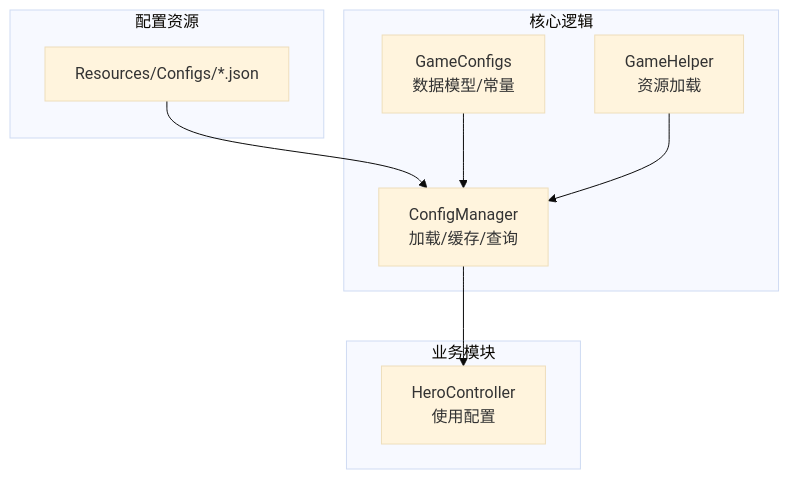
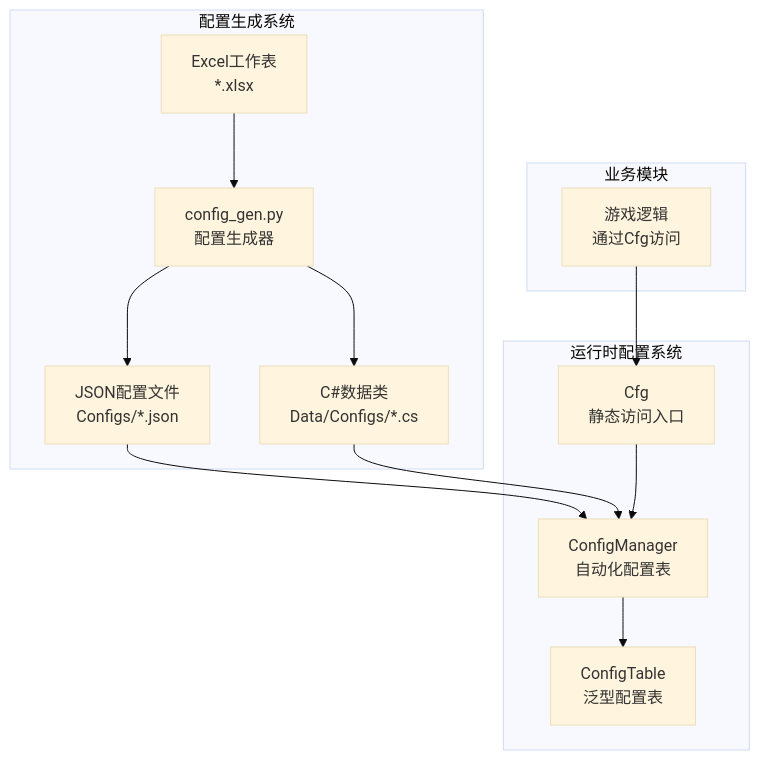
The first of 6 diagrams in .qoder/repowiki/zh/content/核心架构/配置驱动开发.md (Tuusen/p1_client), drawn with Mermaid (base theme) before and after one commit. The commit also changed other lines of this file and 29 other files, not shown here.

````diff
--- a/.qoder/repowiki/zh/content/核心架构/配置驱动开发.md
+++ b/.qoder/repowiki/zh/content/核心架构/配置驱动开发.md
@@ -38,18 +47,25 @@
 ```mermaid
 graph TB
-subgraph "配置资源"
-RC["Resources/Configs/*.json"]
+subgraph "配置生成系统"
+EG["Excel工作表<br/>*.xlsx"]
+CG["config_gen.py<br/>配置生成器"]
+JSON["JSON配置文件<br/>Configs/*.json"]
+CS["C#数据类<br/>Data/Configs/*.cs"]
 end
-subgraph "核心逻辑"
-CM["ConfigManager<br/>加载/缓存/查询"]
-GC["GameConfigs<br/>数据模型/常量"]
-GH["GameHelper<br/>资源加载"]
+subgraph "运行时配置系统"
+CM["ConfigManager<br/>自动化配置表"]
+CT["ConfigTable<T><br/>泛型配置表"]
+CFG["Cfg<br/>静态访问入口"]
 end
 subgraph "业务模块"
-HC["HeroController<br/>使用配置"]
+GAME["游戏逻辑<br/>通过Cfg访问"]
 end
-RC --> CM
-GC --> CM
-GH --> CM
-CM --> HC
+EG --> CG
+CG --> JSON
+CG --> CS
+JSON --> CM
+CS --> CM
+CM --> CT
+CFG --> CM
+GAME --> CFG
 ```
````
